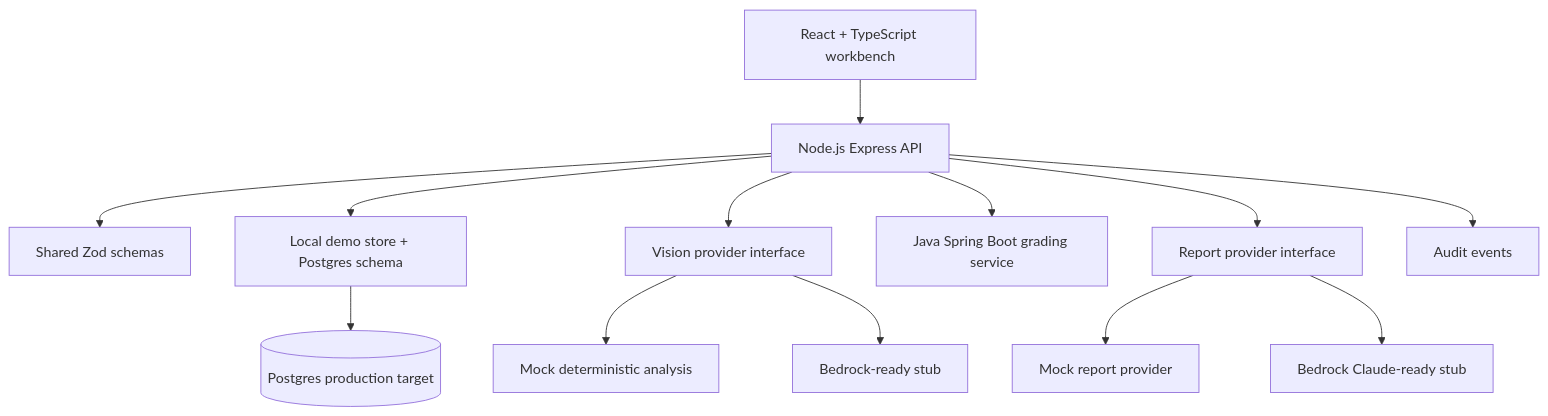
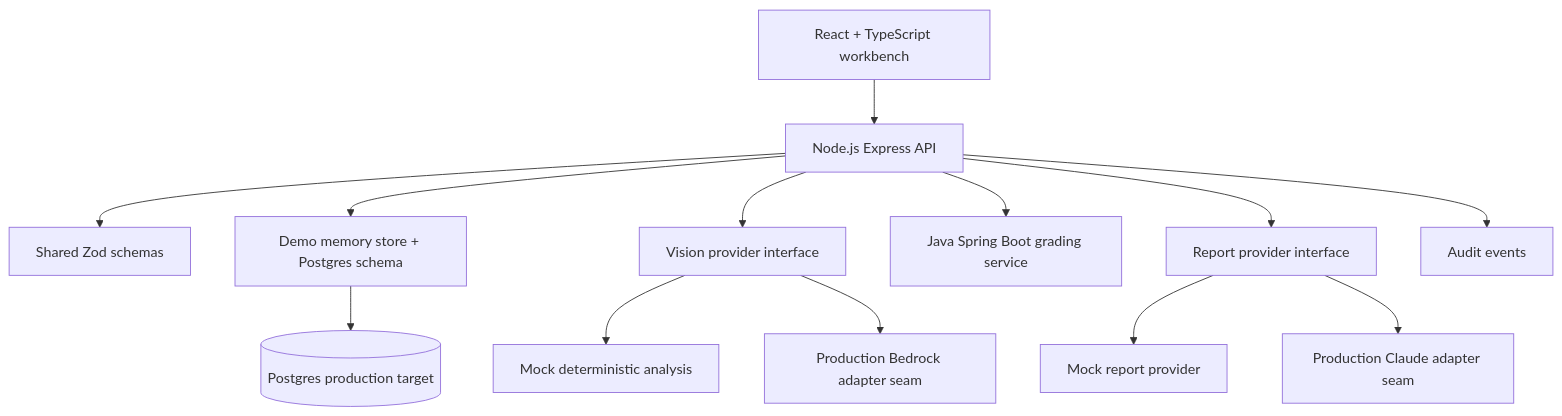
One commit to manynames3/inspectiq changed the diagram in README.md. Above: the diagram before and after it, drawn with Mermaid. The commit also changed other lines of this file and 7 other files, not shown here.

````diff
--- a/README.md
+++ b/README.md
@@ -34,15 +34,15 @@
 ```mermaid
 flowchart TD
   Web[React + TypeScript workbench] --> API[Node.js Express API]
   API --> Shared[Shared Zod schemas]
-  API --> Store[Local demo store + Postgres schema]
+  API --> Store[Demo memory store + Postgres schema]
   API --> Vision[Vision provider interface]
   Vision --> MockVision[Mock deterministic analysis]
-  Vision --> BedrockVision[Bedrock-ready stub]
+  Vision --> BedrockVision[Production Bedrock adapter seam]
   API --> Grade[Java Spring Boot grading service]
   API --> Report[Report provider interface]
   Report --> MockReport[Mock report provider]
-  Report --> BedrockReport[Bedrock Claude-ready stub]
+  Report --> BedrockReport[Production Claude adapter seam]
   API --> Audit[Audit events]
   Store --> PG[(Postgres production target)]
 ```
````
